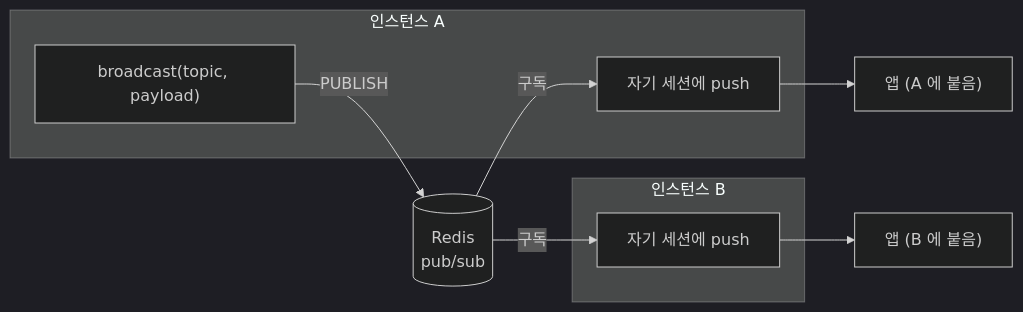
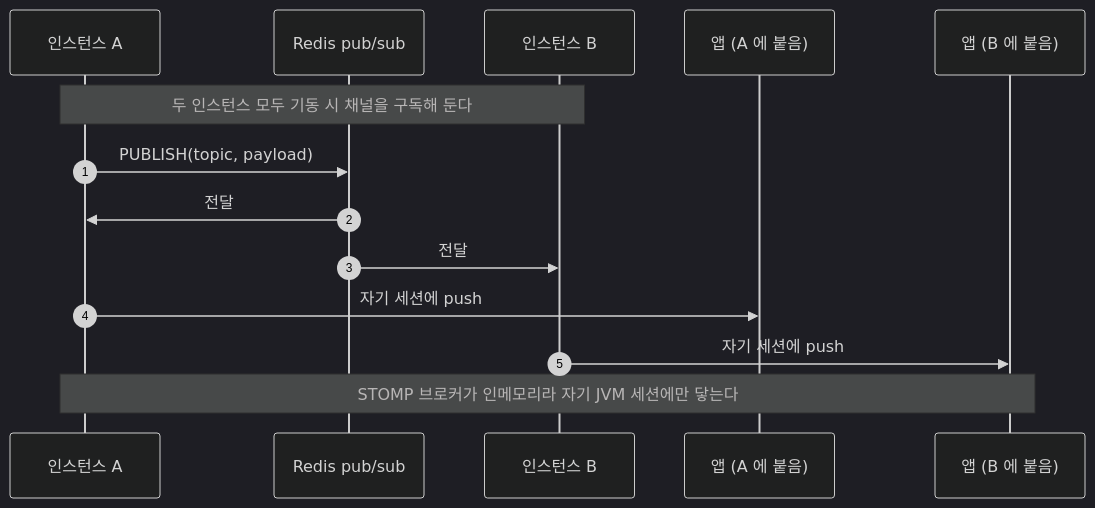
Before and after one commit to rvlwldev/langlez-backend: the eighth of 14 diagrams in ARCHITECTURE.md, drawn with Mermaid (dark theme). The commit also changed other lines of this file, not shown here.

First line of the commit message:
docs(architecture): 이벤트 흐름을 시퀀스 다이어그램으로 (#28)

````diff
--- a/ARCHITECTURE.md
+++ b/ARCHITECTURE.md
@@ -213,16 +305,19 @@
 ```mermaid
-flowchart LR
-    subgraph A["인스턴스 A"]
-        SA["broadcast(topic, payload)"]
-        WA["자기 세션에 push"]
-    end
-    R[("Redis<br/>pub/sub")]
-    subgraph B["인스턴스 B"]
-        WB["자기 세션에 push"]
-    end
-    SA -- PUBLISH --> R
-    R -- 구독 --> WA
-    R -- 구독 --> WB
-    WA --> APPA["앱 (A 에 붙음)"]
-    WB --> APPB["앱 (B 에 붙음)"]
+sequenceDiagram
+    autonumber
+    participant SA as 인스턴스 A
+    participant R as Redis pub/sub
+    participant SB as 인스턴스 B
+    participant AppA as 앱 (A 에 붙음)
+    participant AppB as 앱 (B 에 붙음)
+
+    Note over SA,SB: 두 인스턴스 모두 기동 시 채널을 구독해 둔다
+
+    SA->>R: PUBLISH(topic, payload)
+    R->>SA: 전달
+    R->>SB: 전달
+    SA->>AppA: 자기 세션에 push
+    SB->>AppB: 자기 세션에 push
+
+    Note over SA,AppB: STOMP 브로커가 인메모리라 자기 JVM 세션에만 닿는다
 ```
````
